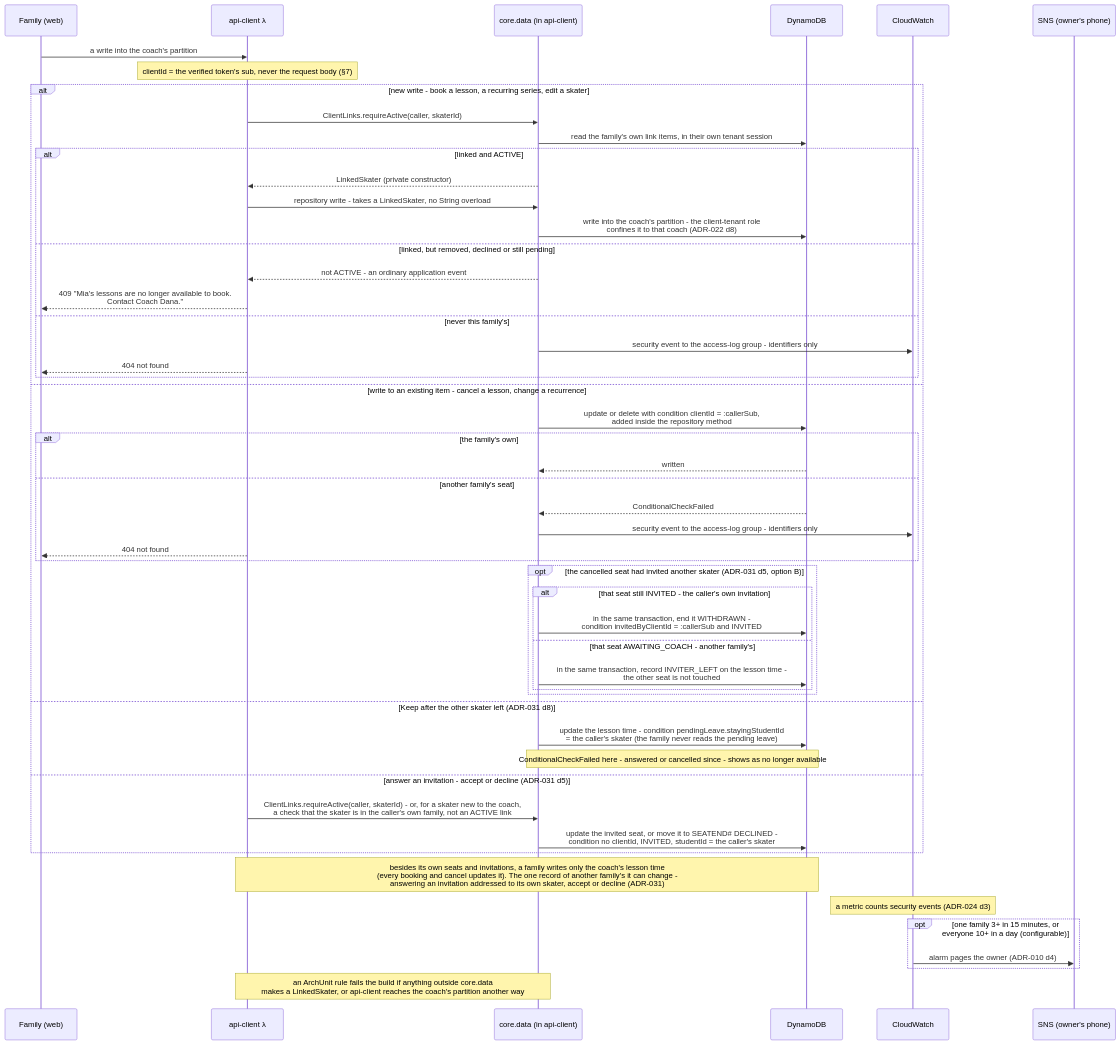
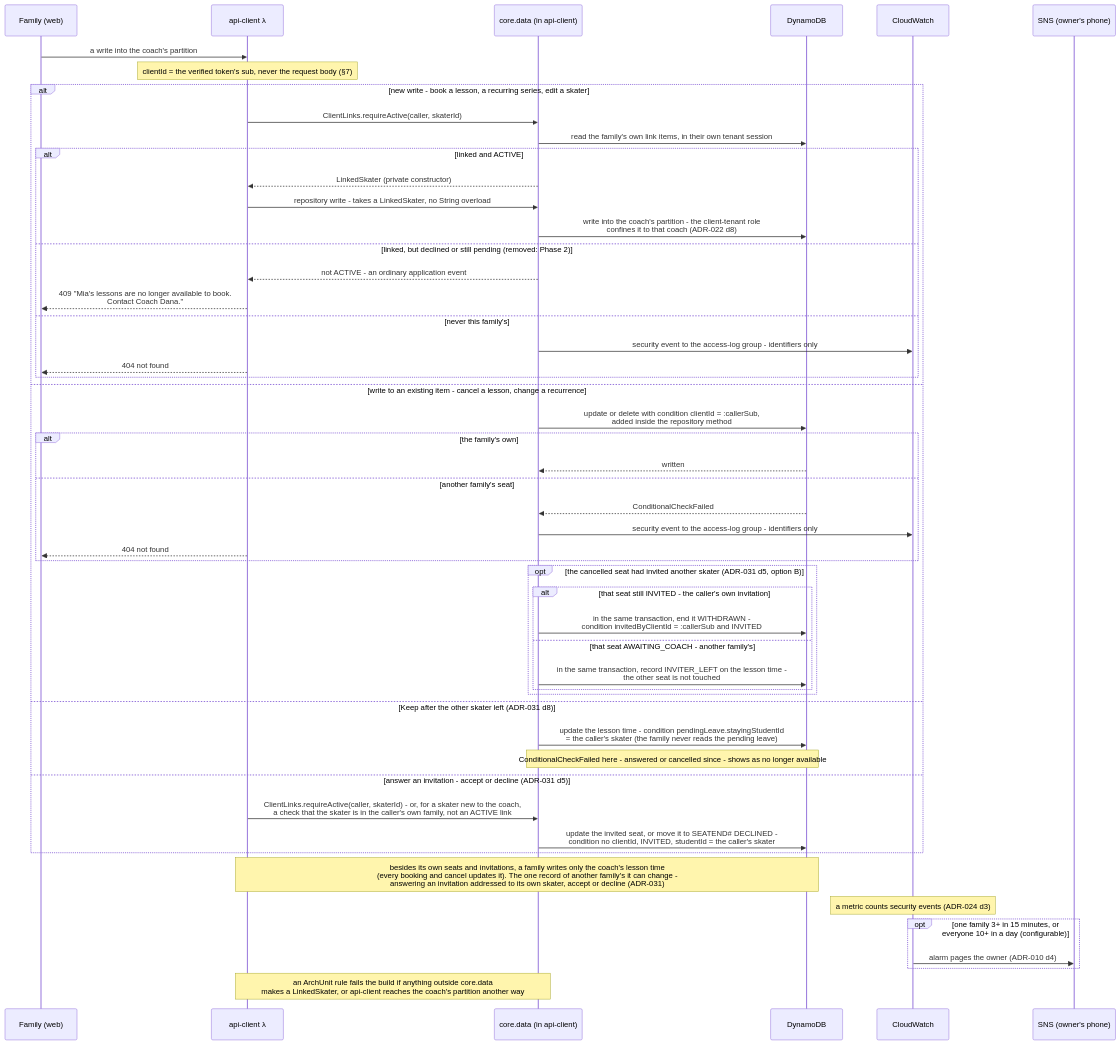
One commit to jessicamvega6/bladebook changed diagram 25 of 28 in docs/architecture.md. Above: the diagram before and after it, drawn with Mermaid. The commit also changed 18 other files, not shown here.

````diff
--- a/docs/architecture.md
+++ b/docs/architecture.md
@@ -2009,54 +2009,54 @@
 ```mermaid
 sequenceDiagram
     participant F as Family (web)
     participant API as api-client λ
     participant CD as core.data (in api-client)
     participant DB as DynamoDB
     participant CW as CloudWatch
     participant SNS as SNS (owner's phone)
     F->>API: a write into the coach's partition
     Note over API: clientId = the verified token's sub, never the request body (§7)
     alt new write - book a lesson, a recurring series, edit a skater
         API->>CD: ClientLinks.requireActive(caller, skaterId)
         CD->>DB: read the family's own link items, in their own tenant session
         alt linked and ACTIVE
             CD-->>API: LinkedSkater (private constructor)
             API->>CD: repository write - takes a LinkedSkater, no String overload
             CD->>DB: write into the coach's partition - the client-tenant role<br/>confines it to that coach (ADR-022 d8)
-        else linked, but removed, declined or still pending
+        else linked, but declined or still pending (removed: Phase 2)
             CD-->>API: not ACTIVE - an ordinary application event
             API-->>F: 409 "Mia's lessons are no longer available to book.<br/>Contact Coach Dana."
         else never this family's
             CD->>CW: security event to the access-log group - identifiers only
             API-->>F: 404 not found
         end
     else write to an existing item - cancel a lesson, change a recurrence
         CD->>DB: update or delete with condition clientId = :callerSub,<br/>added inside the repository method
         alt the family's own
             DB-->>CD: written
         else another family's seat
             DB-->>CD: ConditionalCheckFailed
             CD->>CW: security event to the access-log group - identifiers only
             API-->>F: 404 not found
         end
         opt the cancelled seat had invited another skater (ADR-031 d5, option B)
             alt that seat still INVITED - the caller's own invitation
                 CD->>DB: in the same transaction, end it WITHDRAWN -<br/>condition invitedByClientId = :callerSub and INVITED
             else that seat AWAITING_COACH - another family's
                 CD->>DB: in the same transaction, record INVITER_LEFT on the lesson time -<br/>the other seat is not touched
             end
         end
     else Keep after the other skater left (ADR-031 d8)
         CD->>DB: update the lesson time - condition pendingLeave.stayingStudentId<br/>= the caller's skater (the family never reads the pending leave)
         Note over CD,DB: ConditionalCheckFailed here - answered or cancelled since - shows as no longer available
     else answer an invitation - accept or decline (ADR-031 d5)
         API->>CD: ClientLinks.requireActive(caller, skaterId) - or, for a skater new to the coach,<br/>a check that the skater is in the caller's own family, not an ACTIVE link
         CD->>DB: update the invited seat, or move it to SEATEND#35; DECLINED -<br/>condition no clientId, INVITED, studentId = the caller's skater
     end
     Note over API,DB: besides its own seats and invitations, a family writes only the coach's lesson time<br/>(every booking and cancel updates it). The one record of another family's it can change -<br/>answering an invitation addressed to its own skater, accept or decline (ADR-031)
     Note over CW: a metric counts security events (ADR-024 d3)
     opt one family 3+ in 15 minutes, or everyone 10+ in a day (configurable)
         CW->>SNS: alarm pages the owner (ADR-010 d4)
     end
     Note over API,CD: an ArchUnit rule fails the build if anything outside core.data<br/>makes a LinkedSkater, or api-client reaches the coach's partition another way
 ```
````
